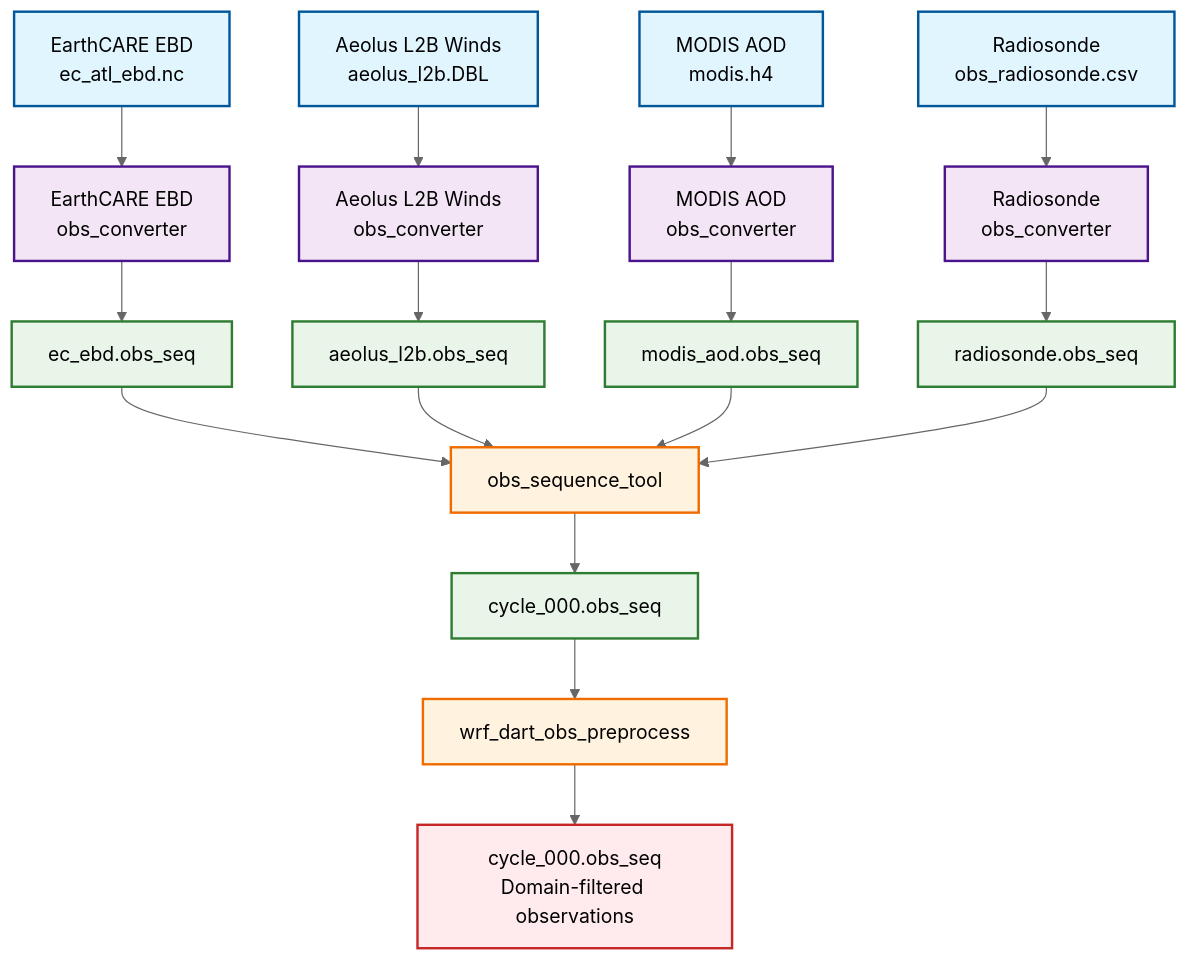
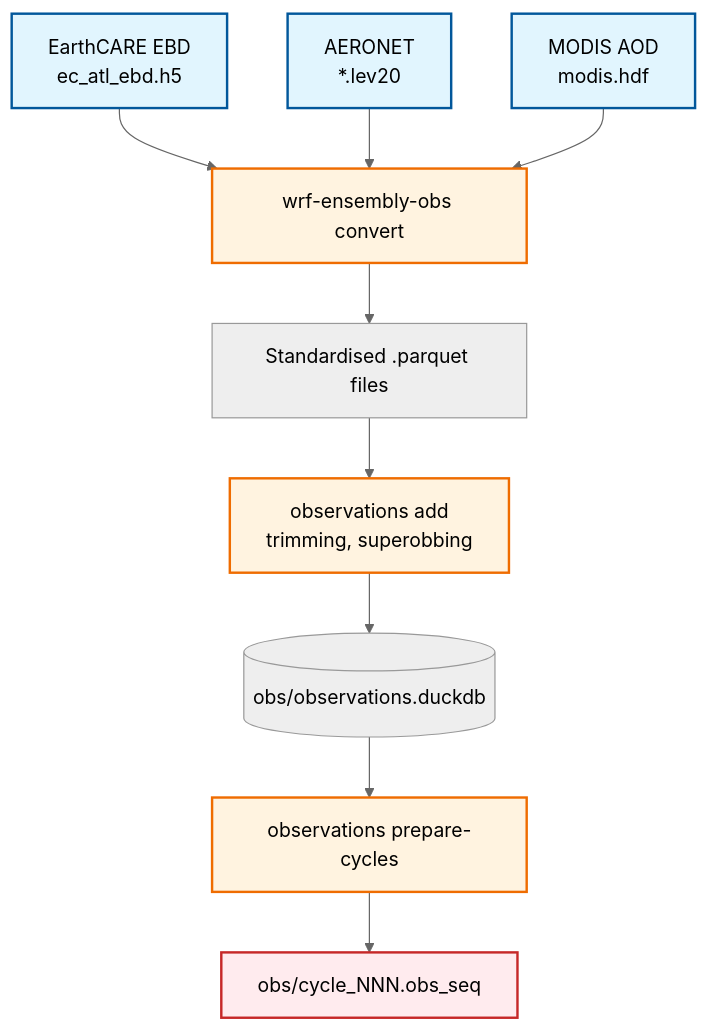
The first of 2 diagrams in docs/tutorial.md (NOA-ReACT/wrf_ensembly), drawn with Mermaid (neutral theme) before and after one commit. The commit also changed other lines of this file and 5 other files, not shown here.

````diff
--- a/docs/tutorial.md
+++ b/docs/tutorial.md
@@ -109,42 +107,19 @@
 ```mermaid
 flowchart TD
-%% Input observation files
-A1[EarthCARE EBD<br/>ec_atl_ebd.nc] --> B1[EarthCARE EBD<br/>obs_converter]
-A2[Aeolus L2B Winds<br/>aeolus_l2b.DBL] --> B2[Aeolus L2B Winds<br/>obs_converter]
-A3[MODIS AOD<br/>modis.h4] --> B3[MODIS AOD<br/>obs_converter]
-A4[Radiosonde<br/>obs_radiosonde.csv] --> B4[Radiosonde<br/>obs_converter]
+A1[EarthCARE EBD<br/>ec_atl_ebd.h5] --> B[wrf-ensembly-obs convert]
+A2[AERONET<br/>*.lev20] --> B
+A3[MODIS AOD<br/>modis.hdf] --> B
+B --> C[Standardised .parquet files]
+C --> D[observations add<br/>trimming, superobbing]
+D --> E[(obs/observations.duckdb)]
+E --> F[observations prepare-cycles]
+F --> G[obs/cycle_NNN.obs_seq]
 
-%% Individual obs_seq files
-B1 --> C1[ec_ebd.obs_seq]
-B2 --> C2[aeolus_l2b.obs_seq]
-B3 --> C3[modis_aod.obs_seq]
-B4 --> C4[radiosonde.obs_seq]
-
-%% Combine all obs_seq files
-C1 --> D[obs_sequence_tool]
-C2 --> D
-C3 --> D
-C4 --> D
-
-%% Combined obs_seq file
-D --> E[cycle_000.obs_seq]
-
-%% Domain filtering
-E --> F[wrf_dart_obs_preprocess]
-
-%% Final output
-F --> G[cycle_000.obs_seq<br/>Domain-filtered observations]
-
-%% Styling
 classDef inputFiles fill:#e1f5fe,stroke:#01579b,stroke-width:2px
-classDef converters fill:#f3e5f5,stroke:#4a148c,stroke-width:2px
-classDef obsSeq fill:#e8f5e8,stroke:#2e7d32,stroke-width:2px
 classDef tools fill:#fff3e0,stroke:#ef6c00,stroke-width:2px
 classDef final fill:#ffebee,stroke:#c62828,stroke-width:2px
 
-class A1,A2,A3,A4,A5,A6 inputFiles
-class B1,B2,B3,B4,B5,B6 converters
-class C1,C2,C3,C4,C5,C6,E obsSeq
-class D,F tools
+class A1,A2,A3 inputFiles
+class B,D,F tools
 class G final
 ```
````
